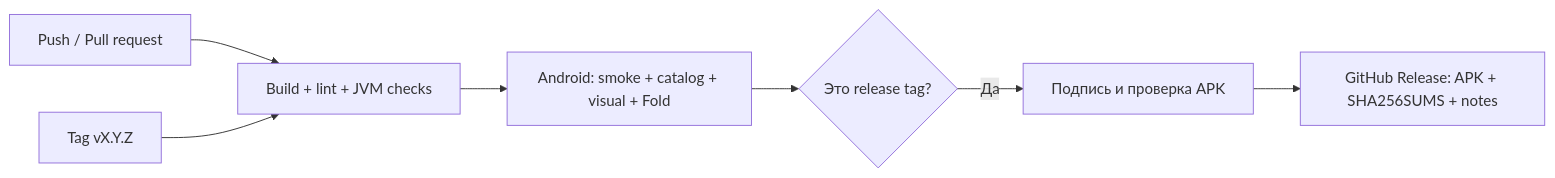
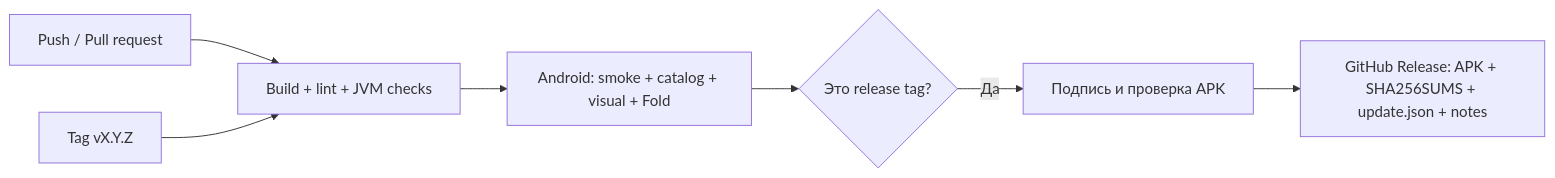
The diagram in README.md (MJSasha/mj-reader), drawn with Mermaid before and after one commit. The commit also changed other lines of this file and 23 other files, not shown here.

````diff
--- a/README.md
+++ b/README.md
@@ -168,9 +168,9 @@
 ```mermaid
 flowchart LR
     Change[Push / Pull request] --> Build[Build + lint + JVM checks]
     Build --> Android[Android: smoke + catalog + visual + Fold]
     Tag[Tag vX.Y.Z] --> Build
     Android --> Gate{Это release tag?}
     Gate -->|Да| Sign[Подпись и проверка APK]
-    Sign --> Release[GitHub Release: APK + SHA256SUMS + notes]
+    Sign --> Release[GitHub Release: APK + SHA256SUMS + update.json + notes]
 ```
````
